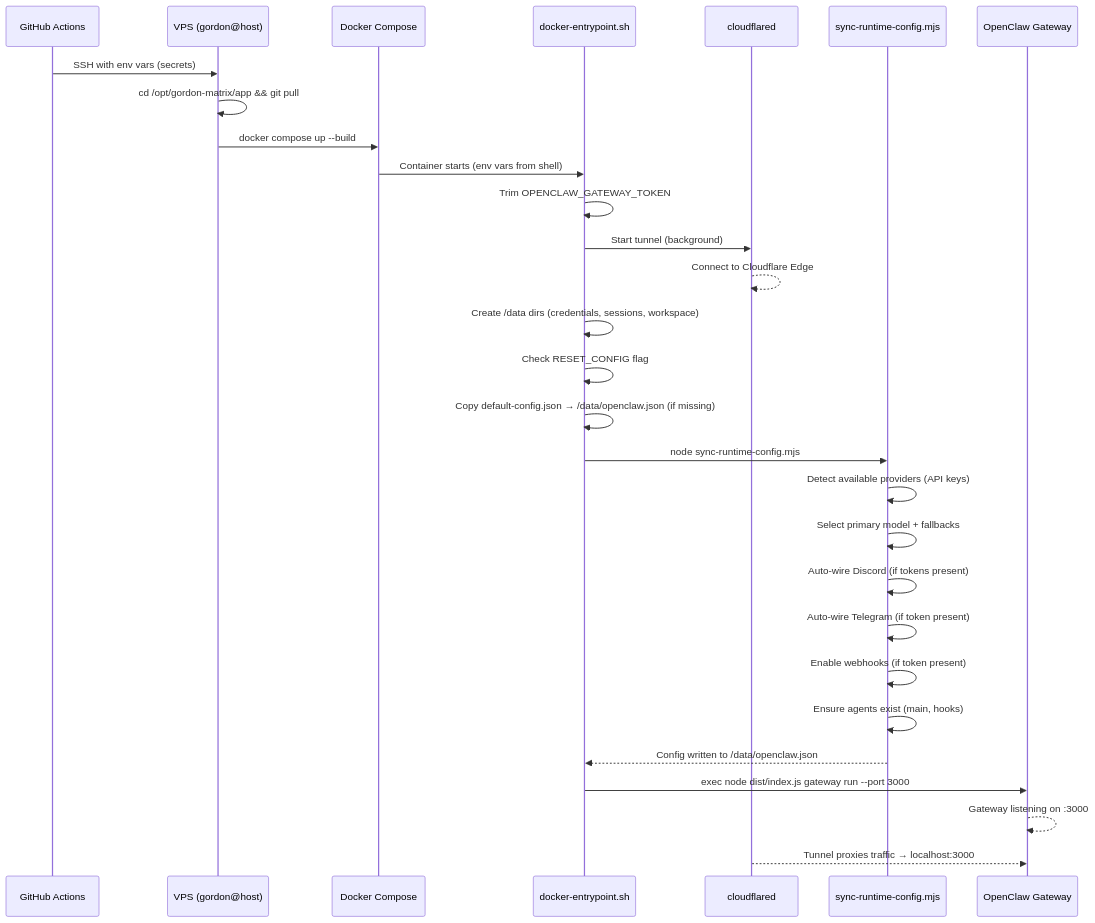
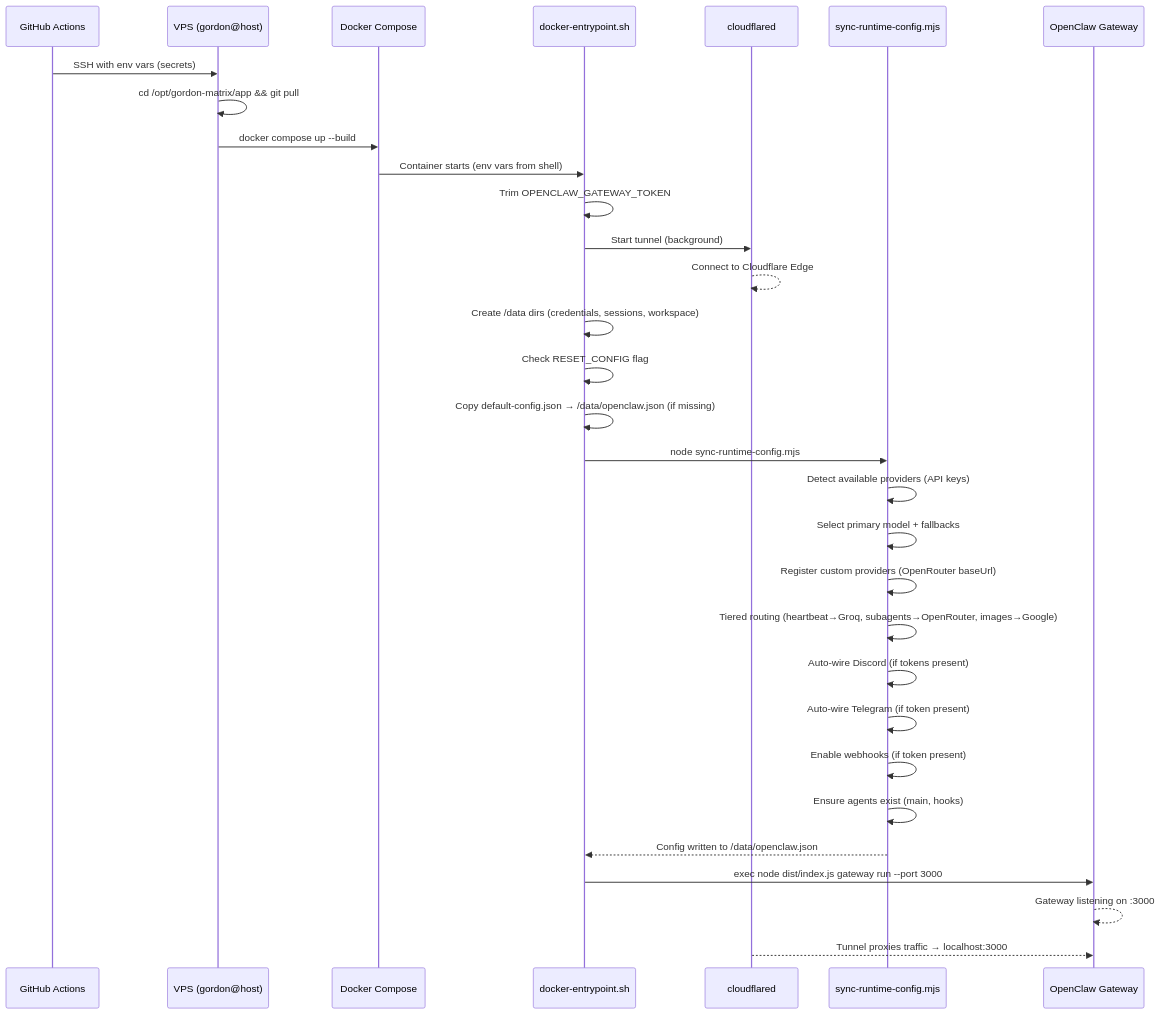
One commit to sanchezcodes/gordon-matrix changed the second of 3 diagrams in docs/repository-deep-dive.md. Above: the diagram before and after it, drawn with Mermaid. The commit also changed other lines of this file and 2 other files, not shown here.

First line of the commit message:
Update docs: Groq/OpenRouter tiered routing, Nano Banana image gen

````diff
--- a/docs/repository-deep-dive.md
+++ b/docs/repository-deep-dive.md
@@ -255,36 +269,38 @@
 ```mermaid
 sequenceDiagram
     participant GHA as GitHub Actions
     participant VPS as VPS (gordon@host)
     participant DC as Docker Compose
     participant EP as docker-entrypoint.sh
     participant CF as cloudflared
     participant Sync as sync-runtime-config.mjs
     participant GW as OpenClaw Gateway
 
     GHA->>VPS: SSH with env vars (secrets)
     VPS->>VPS: cd /opt/gordon-matrix/app && git pull
     VPS->>DC: docker compose up --build
     DC->>EP: Container starts (env vars from shell)
 
     EP->>EP: Trim OPENCLAW_GATEWAY_TOKEN
     EP->>CF: Start tunnel (background)
     CF-->>CF: Connect to Cloudflare Edge
 
     EP->>EP: Create /data dirs (credentials, sessions, workspace)
     EP->>EP: Check RESET_CONFIG flag
     EP->>EP: Copy default-config.json → /data/openclaw.json (if missing)
 
     EP->>Sync: node sync-runtime-config.mjs
     Sync->>Sync: Detect available providers (API keys)
     Sync->>Sync: Select primary model + fallbacks
+    Sync->>Sync: Register custom providers (OpenRouter baseUrl)
+    Sync->>Sync: Tiered routing (heartbeat→Groq, subagents→OpenRouter, images→Google)
     Sync->>Sync: Auto-wire Discord (if tokens present)
     Sync->>Sync: Auto-wire Telegram (if token present)
     Sync->>Sync: Enable webhooks (if token present)
     Sync->>Sync: Ensure agents exist (main, hooks)
     Sync-->>EP: Config written to /data/openclaw.json
 
     EP->>GW: exec node dist/index.js gateway run --port 3000
     GW-->>GW: Gateway listening on :3000
     CF-->>GW: Tunnel proxies traffic → localhost:3000
 ```
````
